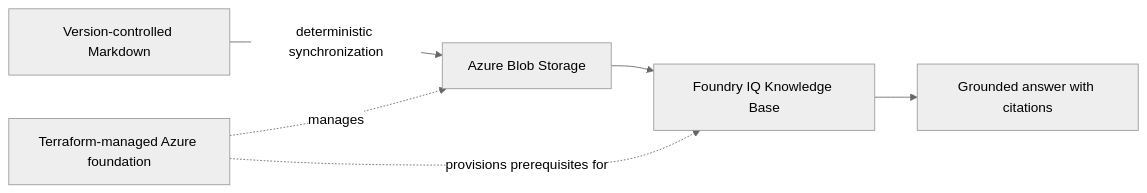
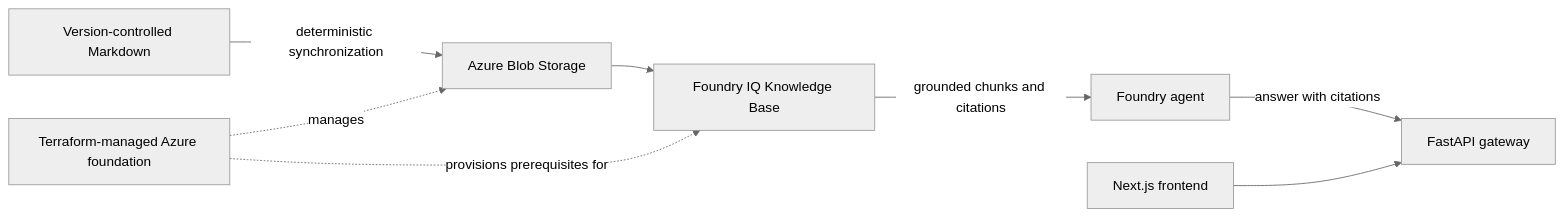
Before and after one commit to MRJonas343/enterprise-knowledge-agent: the diagram in docs/architecture/README.md, drawn with Mermaid (neutral theme). The commit also changed other lines of this file and 10 other files, not shown here.

First line of the commit message:
docs: add the full command sequence and correct stale status claims

````diff
--- a/docs/architecture/README.md
+++ b/docs/architecture/README.md
@@ -13,14 +13,18 @@
 ```mermaid
 flowchart LR
     MD[Version-controlled Markdown]
     TF[Terraform-managed Azure foundation]
     BLOB[Azure Blob Storage]
     IQ[Foundry IQ Knowledge Base]
-    R[Grounded answer with citations]
+    AGENT[Foundry agent]
+    API[FastAPI gateway]
+    UI[Next.js frontend]
 
     MD -->|deterministic synchronization| BLOB
     TF -. manages .-> BLOB
     TF -. provisions prerequisites for .-> IQ
     BLOB --> IQ
-    IQ --> R
+    IQ -->|grounded chunks and citations| AGENT
+    AGENT -->|answer with citations| API
+    UI --> API
 ```
````
